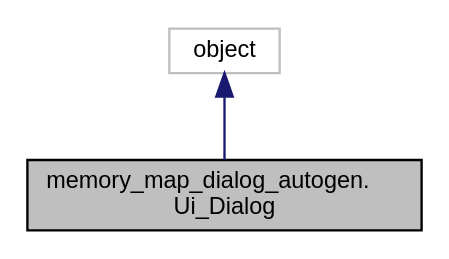
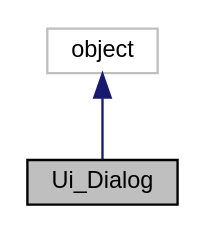
Before and after one commit to UTDCloudPlug/utdcloudplug.github.io: the diagram in classmemory__map__dialog__autogen_1_1Ui__Dialog__inherit__graph.dot, drawn with Graphviz. The commit also changed 275 other files, not shown here.

```diff
--- a/classmemory__map__dialog__autogen_1_1Ui__Dialog__inherit__graph.dot
+++ b/classmemory__map__dialog__autogen_1_1Ui__Dialog__inherit__graph.dot
@@ -1,9 +1,9 @@
-digraph "memory_map_dialog_autogen.Ui_Dialog"
+digraph "Ui_Dialog"
 {
  // LATEX_PDF_SIZE
   edge [fontname="Helvetica",fontsize="10",labelfontname="Helvetica",labelfontsize="10"];
   node [fontname="Helvetica",fontsize="10",shape=record];
-  Node1 [label="memory_map_dialog_autogen.\lUi_Dialog",height=0.2,width=0.4,color="black", fillcolor="grey75", style="filled", fontcolor="black",tooltip=" "];
+  Node1 [label="Ui_Dialog",height=0.2,width=0.4,color="black", fillcolor="grey75", style="filled", fontcolor="black",tooltip=" "];
   Node2 -> Node1 [dir="back",color="midnightblue",fontsize="10",style="solid",fontname="Helvetica"];
   Node2 [label="object",height=0.2,width=0.4,color="grey75", fillcolor="white", style="filled",tooltip=" "];
 }
```
